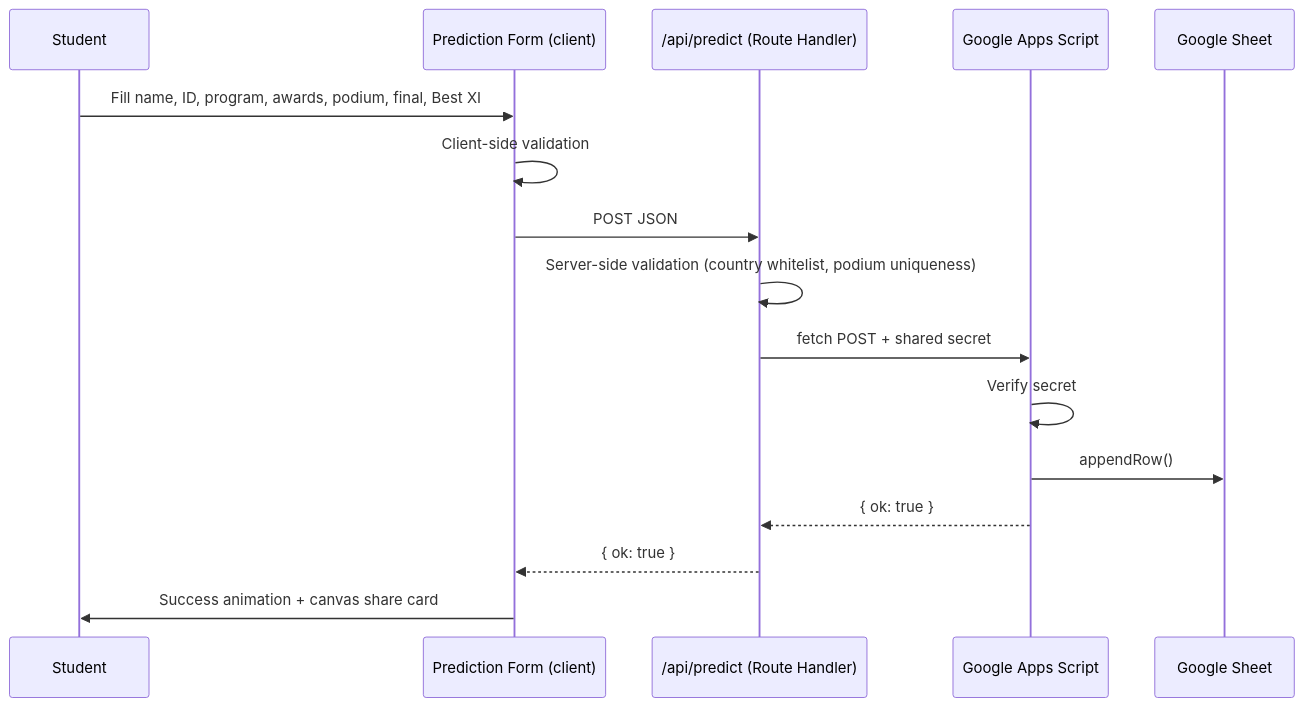
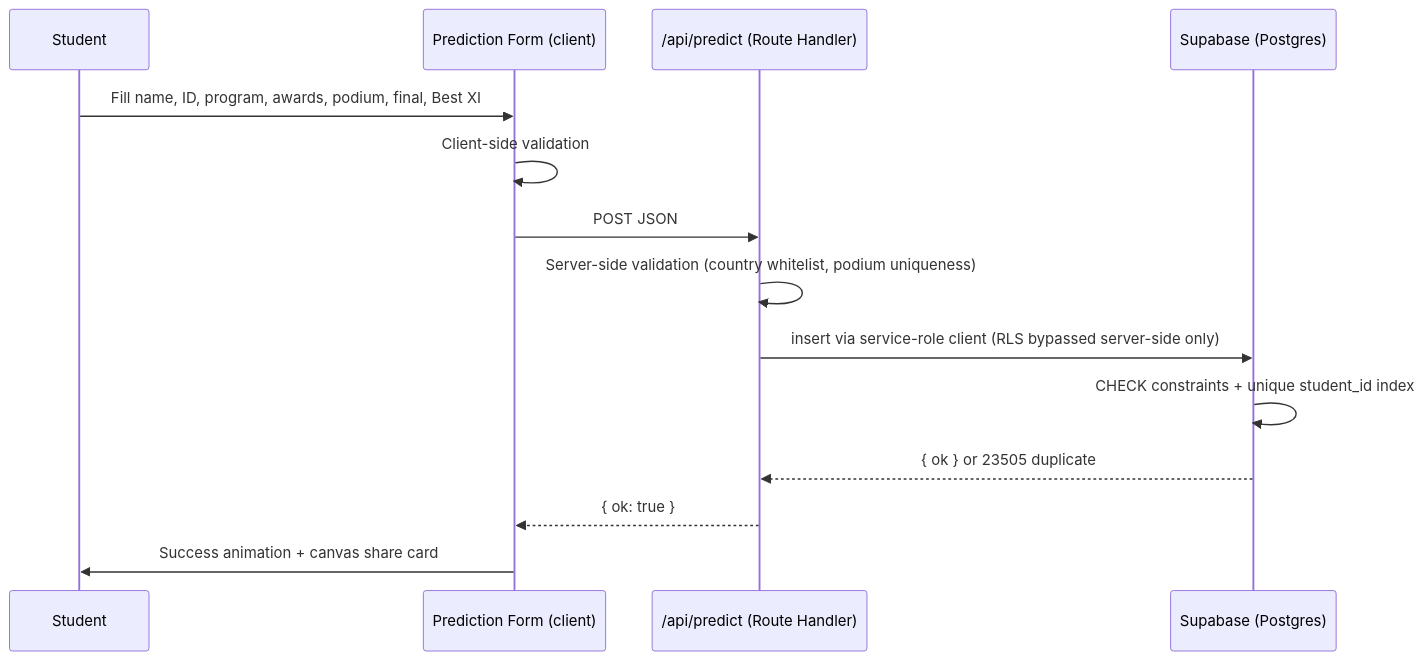
Before and after one commit to digitalmarketinghcoe/worldcup: the fourth of 5 diagrams in docs/architecture.md, drawn with Mermaid. The commit also changed other lines of this file and 19 other files, not shown here.

Commit message:
feat: migrate backend from Google Sheets to Supabase and implement leaderboard computation logic

````diff
--- a/docs/architecture.md
+++ b/docs/architecture.md
@@ -65,19 +65,17 @@
 ```mermaid
 sequenceDiagram
     participant U as Student
     participant F as Prediction Form (client)
     participant R as /api/predict (Route Handler)
-    participant S as Google Apps Script
-    participant G as Google Sheet
+    participant S as Supabase (Postgres)
 
     U->>F: Fill name, ID, program, awards, podium, final, Best XI
     F->>F: Client-side validation
     F->>R: POST JSON
     R->>R: Server-side validation (country whitelist, podium uniqueness)
-    R->>S: fetch POST + shared secret
-    S->>S: Verify secret
-    S->>G: appendRow()
-    S-->>R: { ok: true }
+    R->>S: insert via service-role client (RLS bypassed server-side only)
+    S->>S: CHECK constraints + unique student_id index
+    S-->>R: { ok } or 23505 duplicate
     R-->>F: { ok: true }
     F->>U: Success animation + canvas share card
 ```
````
